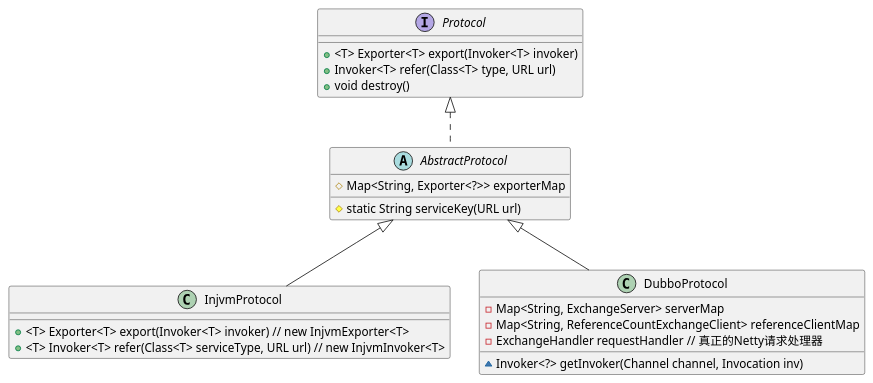
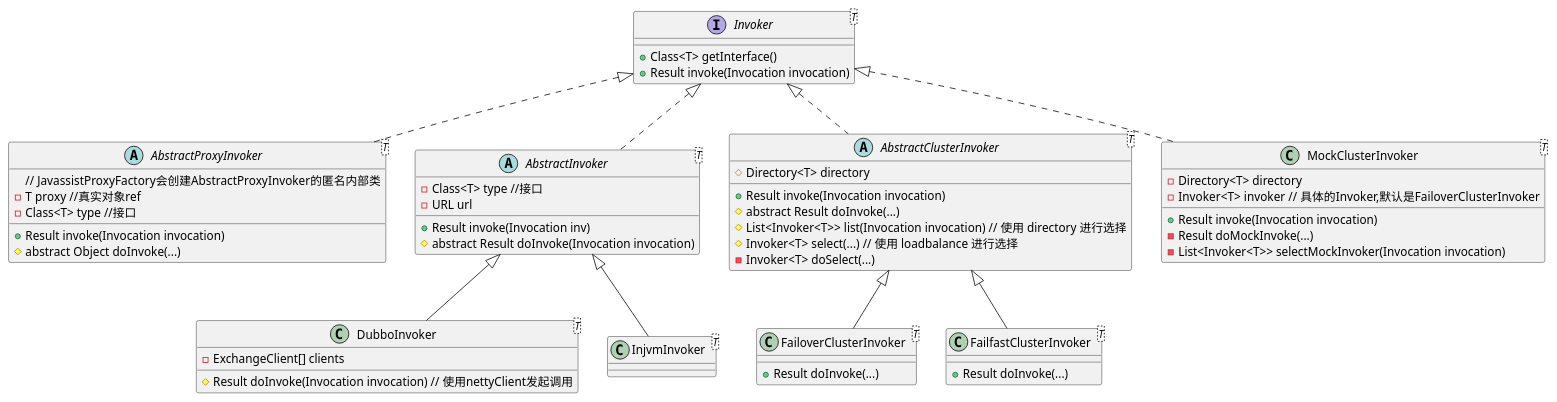
The diagram in dubbo-rpc/dubbo-rpc-api/src/main/java/com/alibaba/dubbo/rpc/uml/invoker.puml (zhaojigang/dubbo-notes), drawn with PlantUML before and after one commit. The commit also changed 2 other files, not shown here.

```diff
--- a/dubbo-rpc/dubbo-rpc-api/src/main/java/com/alibaba/dubbo/rpc/uml/invoker.puml
+++ b/dubbo-rpc/dubbo-rpc-api/src/main/java/com/alibaba/dubbo/rpc/uml/invoker.puml
@@ -1,25 +1,55 @@
 @startuml
 
-interface Protocol {
-    + <T> Exporter<T> export(Invoker<T> invoker)
-    + Invoker<T> refer(Class<T> type, URL url)
-    + void destroy()
+interface Invoker<T> {
+    + Class<T> getInterface()
+    + Result invoke(Invocation invocation)
 }
 
-abstract class AbstractProtocol implements Protocol {
-    # Map<String, Exporter<?>> exporterMap
-    # static String serviceKey(URL url)
+abstract class AbstractProxyInvoker<T> implements Invoker {
+    // JavassistProxyFactory会创建AbstractProxyInvoker的匿名内部类
+    - T proxy //真实对象ref
+    - Class<T> type //接口
+    + Result invoke(Invocation invocation)
+    # abstract Object doInvoke(...)
 }
 
-class InjvmProtocol extends AbstractProtocol {
-    + <T> Exporter<T> export(Invoker<T> invoker) // new InjvmExporter<T>
-    + <T> Invoker<T> refer(Class<T> serviceType, URL url) // new InjvmInvoker<T>
+abstract class AbstractInvoker<T> implements Invoker {
+    - Class<T> type //接口
+    - URL url
+    + Result invoke(Invocation inv)
+    # abstract Result doInvoke(Invocation invocation)
 }
 
-class DubboProtocol extends AbstractProtocol {
-    - Map<String, ExchangeServer> serverMap
-    - Map<String, ReferenceCountExchangeClient> referenceClientMap
-    - ExchangeHandler requestHandler // 真正的Netty请求处理器
-    ~ Invoker<?> getInvoker(Channel channel, Invocation inv)
+class DubboInvoker<T> extends AbstractInvoker {
+    - ExchangeClient[] clients
+    # Result doInvoke(Invocation invocation) // 使用nettyClient发起调用
+}
+
+class InjvmInvoker<T> extends AbstractInvoker {
+}
+
+abstract class AbstractClusterInvoker<T> implements Invoker {
+    # Directory<T> directory
+    + Result invoke(Invocation invocation)
+    # abstract Result doInvoke(...)
+    # List<Invoker<T>> list(Invocation invocation) // 使用 directory 进行选择
+    # Invoker<T> select(...) // 使用 loadbalance 进行选择
+    - Invoker<T> doSelect(...)
+}
+
+class FailoverClusterInvoker<T> extends AbstractClusterInvoker {
+    + Result doInvoke(...)
+}
+
+class FailfastClusterInvoker<T> extends AbstractClusterInvoker {
+    + Result doInvoke(...)
+}
+
+class MockClusterInvoker<T> implements Invoker {
+    - Directory<T> directory
+    - Invoker<T> invoker // 具体的Invoker,默认是FailoverClusterInvoker
+    + Result invoke(Invocation invocation)
+    - Result doMockInvoke(...)
+    - List<Invoker<T>> selectMockInvoker(Invocation invocation)
 }
 @enduml
```
